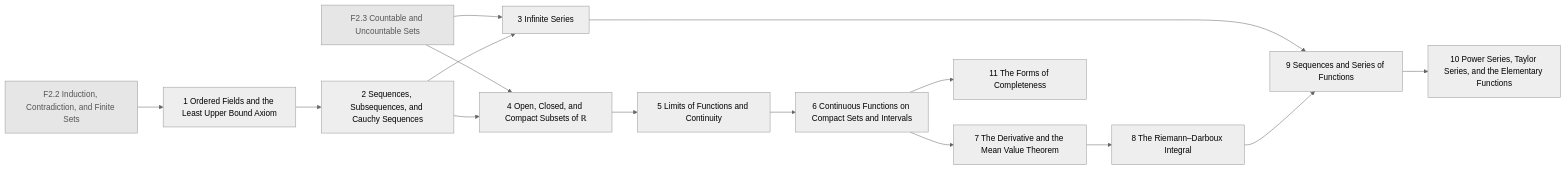
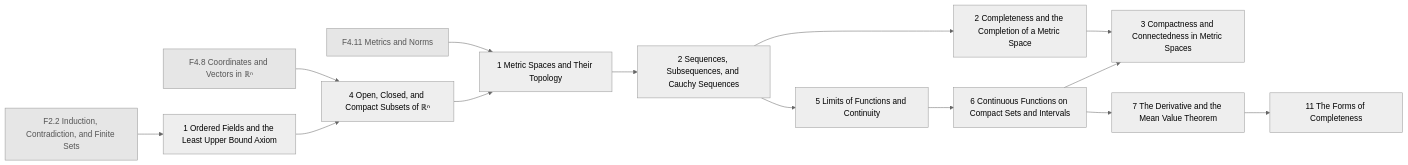
The seventh of 30 diagrams in generated/README.md (AkizumiFox/math-atlas), drawn with Mermaid (neutral theme) before and after one commit. The commit also changed other lines of this file and 41 other files, not shown here.

````diff
--- a/generated/README.md
+++ b/generated/README.md
@@ -168,33 +195,32 @@
 ```mermaid
 flowchart LR
   F2_2["F2.2 Induction, Contradiction, and Finite Sets"]:::ext
-  F2_3["F2.3 Countable and Uncountable Sets"]:::ext
+  F4_8["F4.8 Coordinates and Vectors in ℝⁿ"]:::ext
+  F4_11["F4.11 Metrics and Norms"]:::ext
   AN1_1["1 Ordered Fields and the Least Upper Bound Axiom"]
+  AN1_4["4 Open, Closed, and Compact Subsets of ℝⁿ"]
+  AN2_1["1 Metric Spaces and Their Topology"]
   AN1_2["2 Sequences, Subsequences, and Cauchy Sequences"]
-  AN1_3["3 Infinite Series"]
-  AN1_4["4 Open, Closed, and Compact Subsets of ℝ"]
+  AN2_2["2 Completeness and the Completion of a Metric Space"]
   AN1_5["5 Limits of Functions and Continuity"]
   AN1_6["6 Continuous Functions on Compact Sets and Intervals"]
+  AN2_3["3 Compactness and Connectedness in Metric Spaces"]
   AN1_7["7 The Derivative and the Mean Value Theorem"]
-  AN1_8["8 The Riemann–Darboux Integral"]
-  AN1_9["9 Sequences and Series of Functions"]
-  AN1_10["10 Power Series, Taylor Series, and the Elementary Functions"]
   AN1_11["11 The Forms of Completeness"]
   F2_2 --> AN1_1
-  AN1_1 --> AN1_2
-  F2_3 --> AN1_3
-  AN1_2 --> AN1_3
-  F2_3 --> AN1_4
-  AN1_2 --> AN1_4
-  AN1_4 --> AN1_5
+  F4_8 --> AN1_4
+  AN1_1 --> AN1_4
+  F4_11 --> AN2_1
+  AN1_4 --> AN2_1
+  AN2_1 --> AN1_2
+  AN1_2 --> AN2_2
+  AN1_2 --> AN1_5
   AN1_5 --> AN1_6
+  AN2_2 --> AN2_3
+  AN1_6 --> AN2_3
   AN1_6 --> AN1_7
-  AN1_7 --> AN1_8
-  AN1_3 --> AN1_9
-  AN1_8 --> AN1_9
-  AN1_9 --> AN1_10
-  AN1_6 --> AN1_11
+  AN1_7 --> AN1_11
   classDef ext fill:#e6e6e6,stroke:#999,color:#555
   classDef opt fill:#fff,stroke:#999,stroke-dasharray:4 3,color:#555
   classDef segb fill:#f6f6fb,stroke:#99a,color:#333
 ```
````
